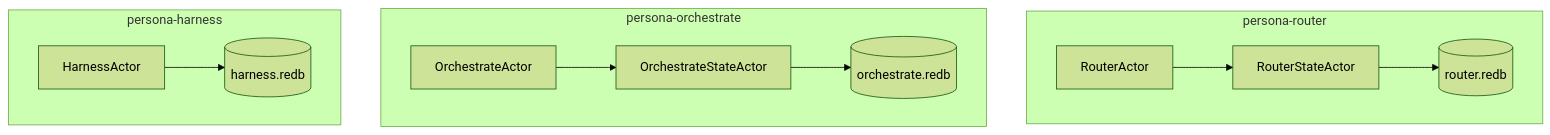
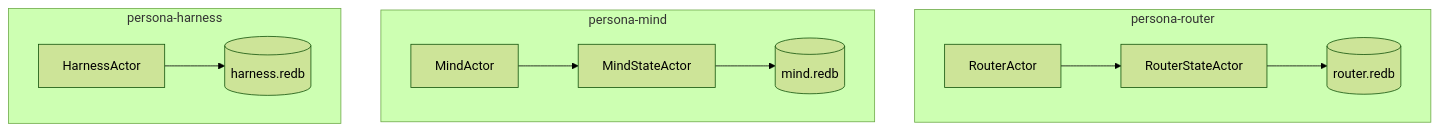
One commit to LiGoldragon/persona changed the fourth of 4 diagrams in ARCHITECTURE.md. Above: the diagram before and after it, drawn with Mermaid (forest theme). The commit also changed other lines of this file and 4 other files, not shown here.

Commit message:
make persona-mind the apex central component

````diff
--- a/ARCHITECTURE.md
+++ b/ARCHITECTURE.md
@@ -168,22 +168,22 @@
 ```mermaid
 flowchart TB
     subgraph router["persona-router"]
         router_actor["RouterActor"]
         router_state["RouterStateActor"]
         router_database[("router.redb")]
         router_actor --> router_state --> router_database
     end
 
-    subgraph orchestrate["persona-orchestrate"]
-        orchestrate_actor["OrchestrateActor"]
-        orchestrate_state["OrchestrateStateActor"]
-        orchestrate_database[("orchestrate.redb")]
-        orchestrate_actor --> orchestrate_state --> orchestrate_database
+    subgraph mind["persona-mind"]
+        mind_actor["MindActor"]
+        mind_state["MindStateActor"]
+        mind_database[("mind.redb")]
+        mind_actor --> mind_state --> mind_database
     end
 
     subgraph harness["persona-harness"]
         harness_actor["HarnessActor"]
         harness_database[("harness.redb")]
         harness_actor --> harness_database
     end
 ```
````
